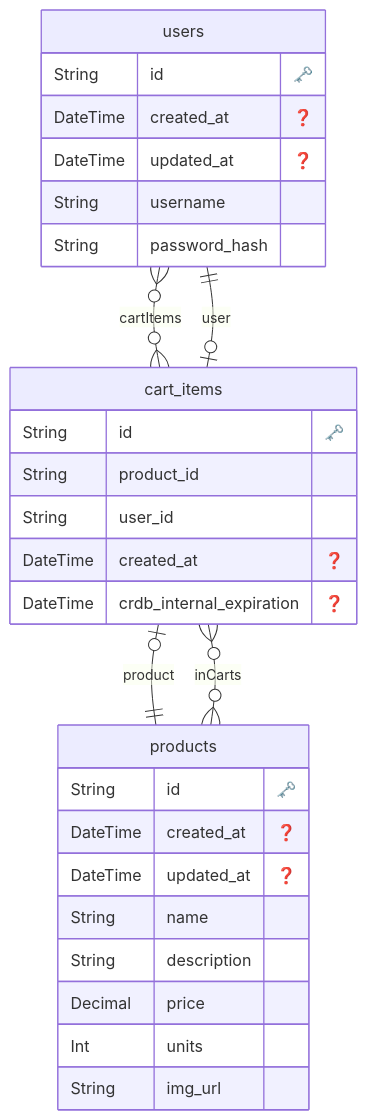
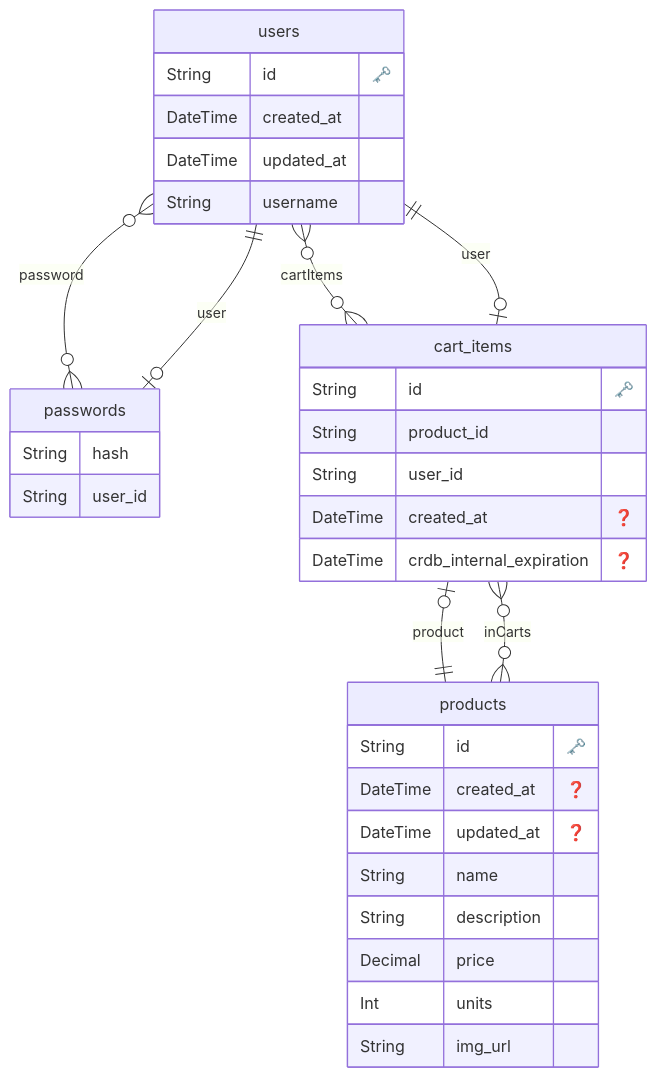
One commit to aydrian/roach-mart changed the diagram in erd.md. Above: the diagram before and after it, drawn with Mermaid. The commit also changed 3 other files, not shown here.

Commit message:
changed user/password schema

````diff
--- a/erd.md
+++ b/erd.md
@@ -1,37 +1,44 @@
 ```mermaid
 erDiagram
 
   "users" {
     String id "🗝️"
-    DateTime created_at "❓"
-    DateTime updated_at "❓"
+    DateTime created_at 
+    DateTime updated_at 
     String username 
-    String password_hash 
+    }
+  
+
+  "passwords" {
+    String hash 
+    String user_id 
     }
   
 
   "products" {
     String id "🗝️"
     DateTime created_at "❓"
     DateTime updated_at "❓"
     String name 
     String description 
     Decimal price 
     Int units 
     String img_url 
     }
   
 
   "cart_items" {
     String id "🗝️"
     String product_id 
     String user_id 
     DateTime created_at "❓"
     DateTime crdb_internal_expiration "❓"
     }
   
+    "users" o{--}o "passwords" : "password"
     "users" o{--}o "cart_items" : "cartItems"
+    "passwords" o|--|| "users" : "user"
     "products" o{--}o "cart_items" : "inCarts"
     "cart_items" o|--|| "products" : "product"
     "cart_items" o|--|| "users" : "user"
 ```
````
